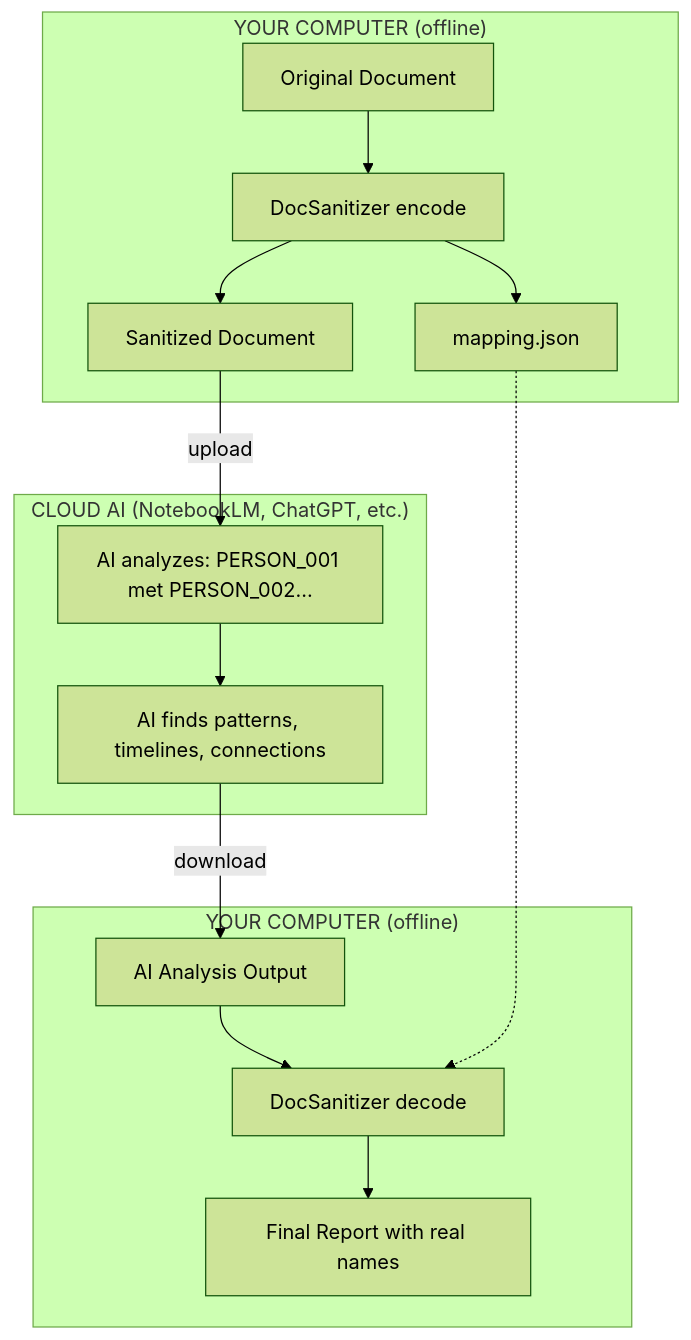
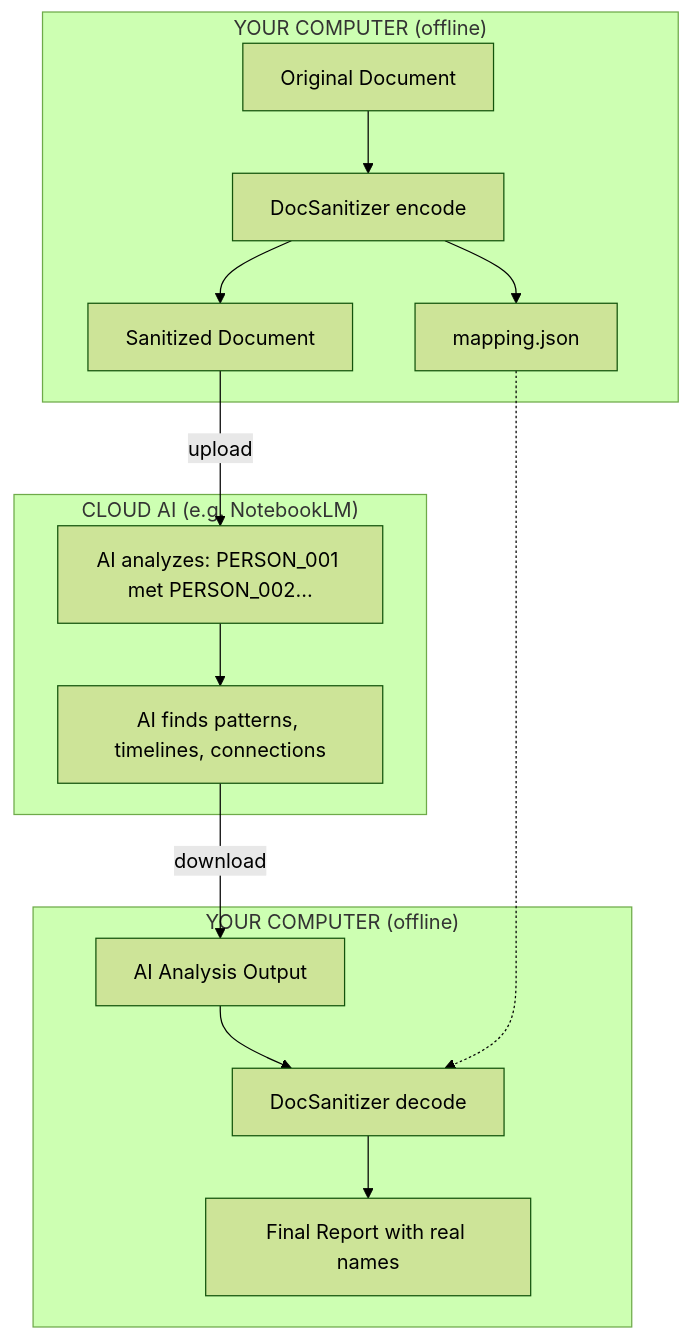
One commit to voelspriet/docsanitizer changed the diagram in README.md. Above: the diagram before and after it, drawn with Mermaid (forest theme). The commit also changed other lines of this file, not shown here.

Commit message:
Fix FAQ: mention Claude Code and NotebookLM as per original article

````diff
--- a/README.md
+++ b/README.md
@@ -44,23 +44,23 @@
 ```mermaid
 flowchart TB
     subgraph LOCAL1["YOUR COMPUTER (offline)"]
         A[Original Document] --> B[DocSanitizer encode]
         B --> C[Sanitized Document]
         B --> D[mapping.json]
     end
 
     C -->|upload| E
 
-    subgraph CLOUD["CLOUD AI (NotebookLM, ChatGPT, etc.)"]
+    subgraph CLOUD["CLOUD AI (e.g. NotebookLM)"]
         E["AI analyzes: PERSON_001 met PERSON_002..."]
         E --> F[AI finds patterns, timelines, connections]
     end
 
     F -->|download| G
 
     subgraph LOCAL2["YOUR COMPUTER (offline)"]
         G[AI Analysis Output] --> H[DocSanitizer decode]
         D -.-> H
         H --> I[Final Report with real names]
     end
 ```
````
